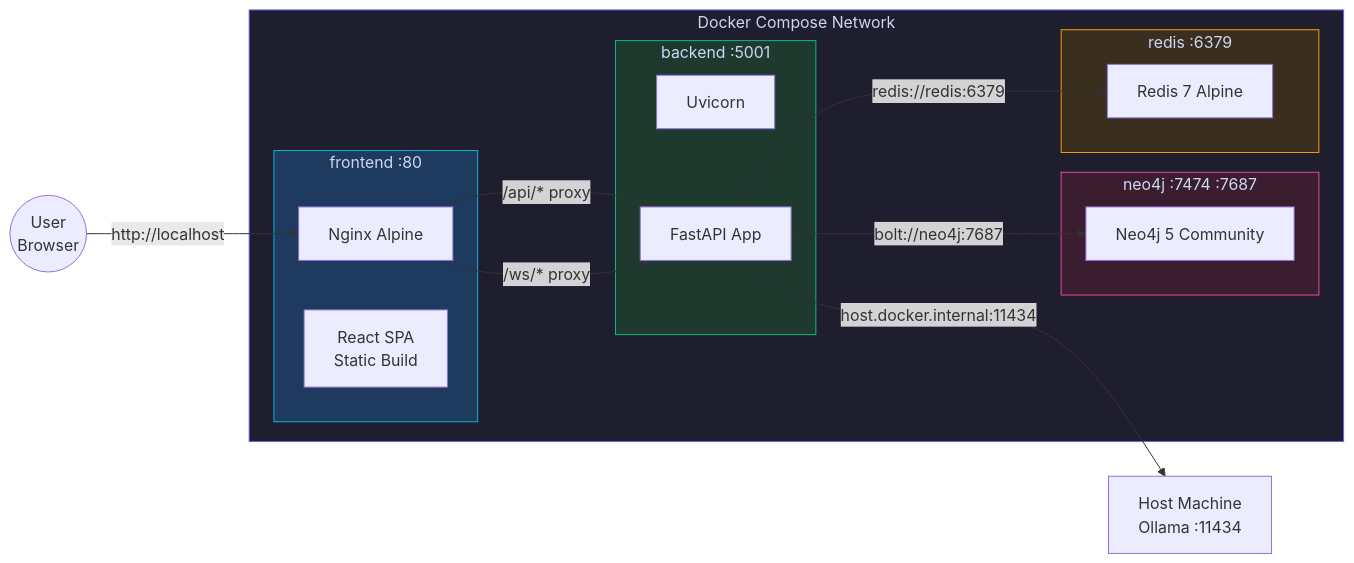
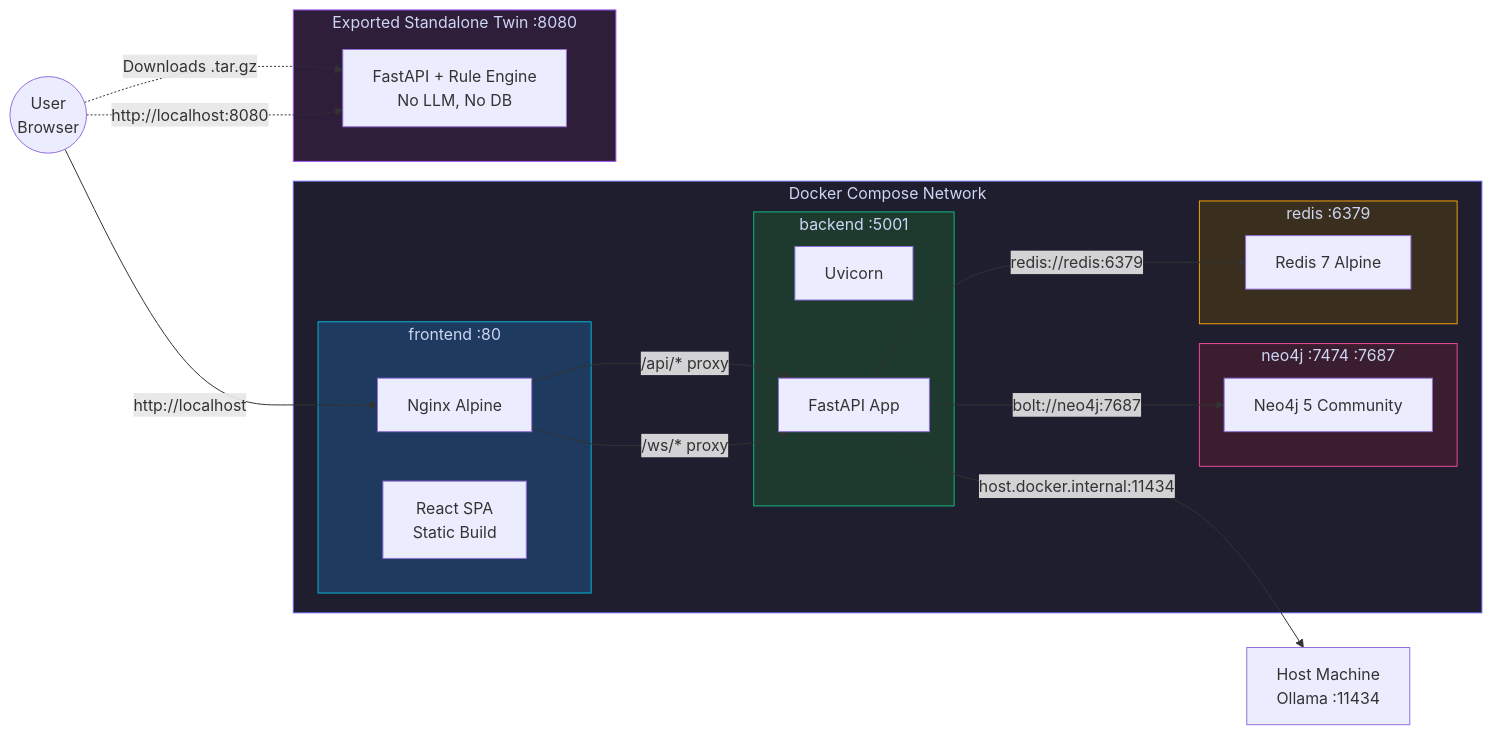
One commit to anandarupmukherjee/WeaveX changed the second of 15 diagrams in README.md. Above: the diagram before and after it, drawn with Mermaid. The commit also changed other lines of this file, not shown here.

First line of the commit message:
Update README with detailed flowcharts for all pipelines

````diff
--- a/README.md
+++ b/README.md
@@ -79,38 +103,45 @@
 ```mermaid
 graph LR
     subgraph Docker["Docker Compose Network"]
         subgraph FE["frontend :80"]
             NG[Nginx Alpine]
             RA[React SPA<br/>Static Build]
         end
 
         subgraph BE["backend :5001"]
             UV[Uvicorn]
             FA[FastAPI App]
         end
 
         subgraph DB["neo4j :7474 :7687"]
             N4[Neo4j 5 Community]
         end
 
         subgraph RD["redis :6379"]
             RE[Redis 7 Alpine]
         end
     end
 
     HOST[Host Machine<br/>Ollama :11434]
 
+    subgraph Standalone["Exported Standalone Twin :8080"]
+        ST[FastAPI + Rule Engine<br/>No LLM, No DB]
+    end
+
     NG -->|/api/* proxy| FA
     NG -->|/ws/* proxy| FA
     FA -->|bolt://neo4j:7687| N4
     FA -->|redis://redis:6379| RE
     FA -->|host.docker.internal:11434| HOST
 
     USER((User<br/>Browser)) -->|http://localhost| NG
+    USER -.->|Downloads .tar.gz| ST
+    USER -.->|http://localhost:8080| ST
 
     style Docker fill:#1e1e2e,stroke:#6366f1,color:#cdd6f4
     style FE fill:#1e3a5f,stroke:#06b6d4,color:#cdd6f4
     style BE fill:#1e3a2f,stroke:#10b981,color:#cdd6f4
     style DB fill:#3a1e2f,stroke:#ec4899,color:#cdd6f4
     style RD fill:#3a2f1e,stroke:#f59e0b,color:#cdd6f4
+    style Standalone fill:#2f1e3a,stroke:#a855f7,color:#cdd6f4
 ```
````
